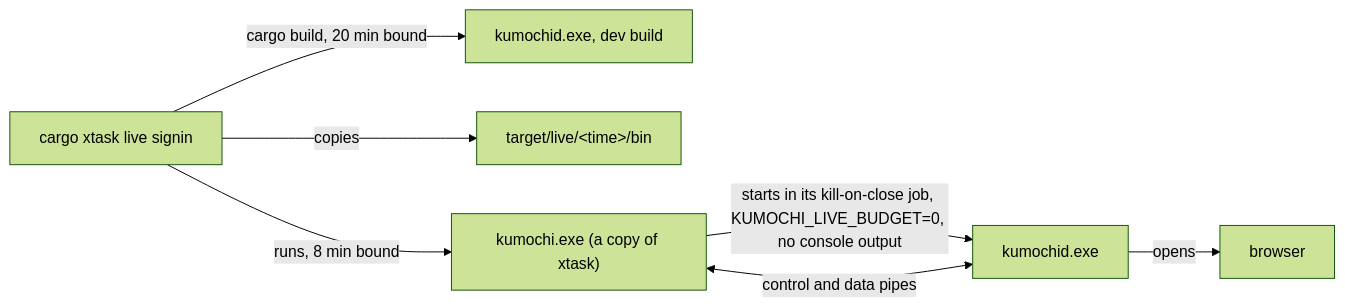
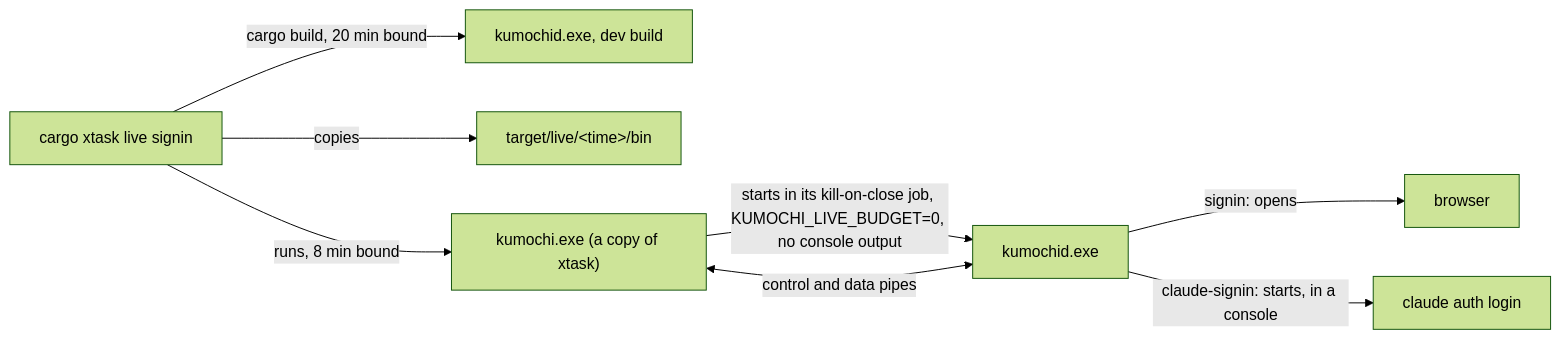
The diagram in docs/development/live-checks.md (labcoder/capsula), drawn with Mermaid (forest theme) before and after one commit. The commit also changed other lines of this file and 4 other files, not shown here.

Commit message:
feat(xtask): add the live claude-signin check

````diff
--- a/docs/development/live-checks.md
+++ b/docs/development/live-checks.md
@@ -10,9 +10,10 @@
 ```mermaid
 flowchart LR
   X[cargo xtask live signin] -->|cargo build, 20 min bound| B[kumochid.exe, dev build]
   X -->|copies| F["target/live/&lt;time&gt;/bin"]
   X -->|runs, 8 min bound| C["kumochi.exe (a copy of xtask)"]
   C -->|starts in its kill-on-close job, KUMOCHI_LIVE_BUDGET=0, no console output| D[kumochid.exe]
   C <-->|control and data pipes| D
-  D -->|opens| W[browser]
+  D -->|signin: opens| W[browser]
+  D -->|claude-signin: starts, in a console| K[claude auth login]
 ```
````
